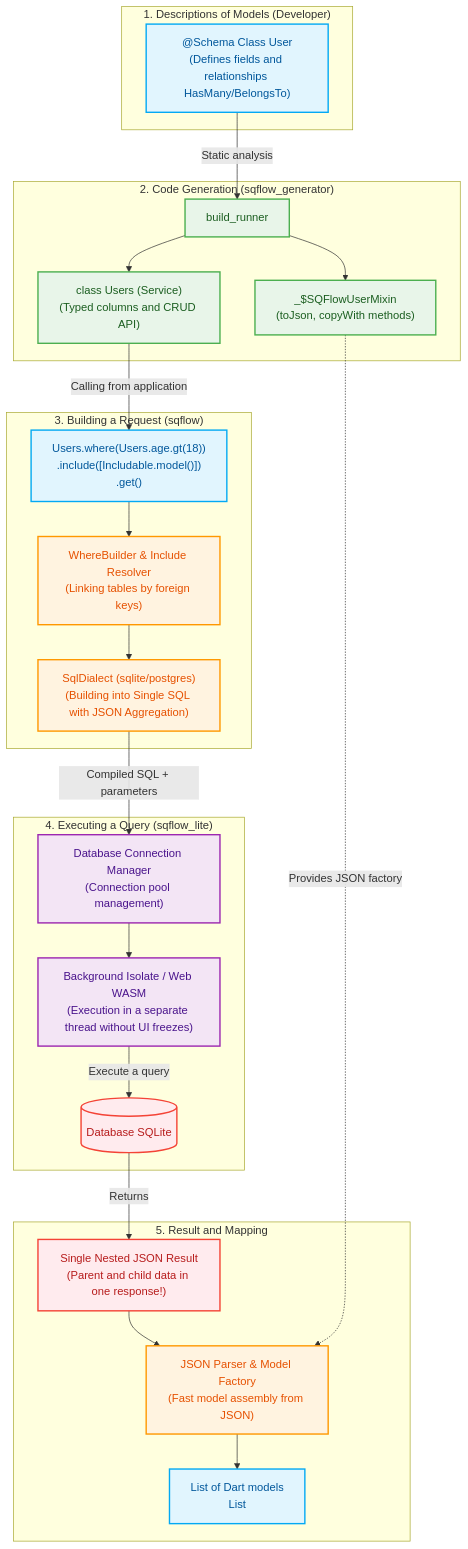
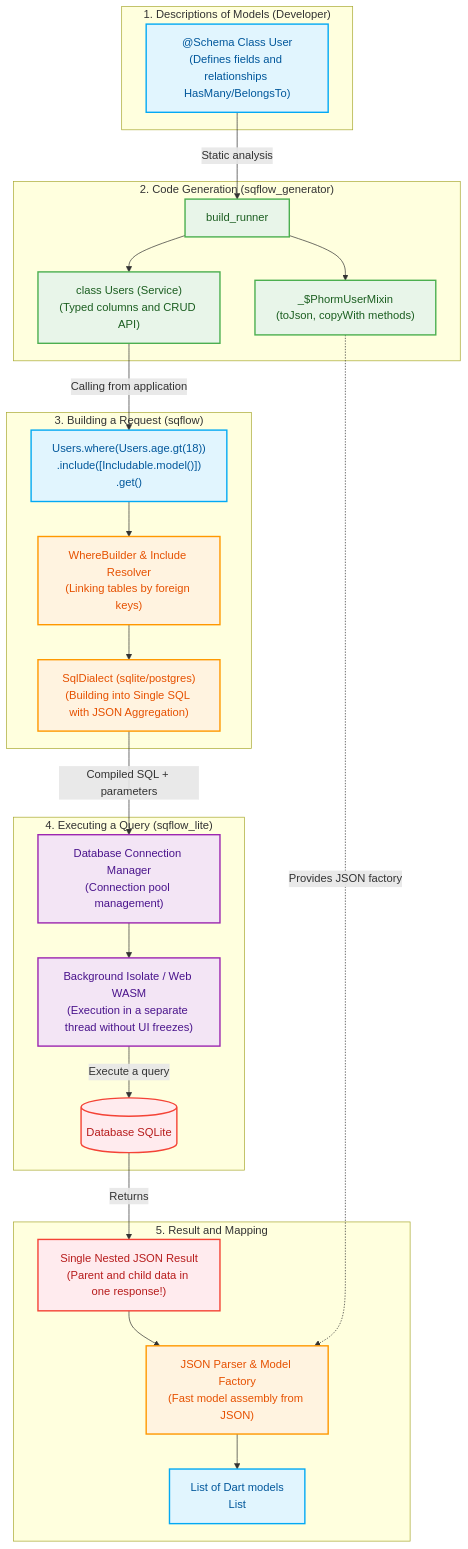
One commit to interdev7/phorm changed the diagram in docs/01-overview.md. Above: the diagram before and after it, drawn with Mermaid. The commit also changed other lines of this file and 74 other files, not shown here.

Commit message:
refactor: rename SQFlow to Phorm throughout the project to reflect branding changes

````diff
--- a/docs/01-overview.md
+++ b/docs/01-overview.md
@@ -38,54 +38,54 @@
 ```mermaid
 graph TD
     %% Styles and colors
     classDef dev fill:#e1f5fe,stroke:#03a9f4,stroke-width:2px,color:#01579b;
     classDef gen fill:#e8f5e9,stroke:#4caf50,stroke-width:2px,color:#1b5e20;
     classDef core fill:#fff3e0,stroke:#ff9800,stroke-width:2px,color:#e65100;
     classDef driver fill:#f3e5f5,stroke:#9c27b0,stroke-width:2px,color:#4a148c;
     classDef db fill:#ffebee,stroke:#f44336,stroke-width:2px,color:#b71c1c;
 
     subgraph "1. Descriptions of Models (Developer)"
         Model["@Schema Class User<br/>(Defines fields and relationships HasMany/BelongsTo)"]:::dev
     end
 
     subgraph "2. Code Generation (sqflow_generator)"
         Generator["build_runner"]:::gen
-        Mixin["_$SQFlowUserMixin<br/>(toJson, copyWith methods)"]:::gen
+        Mixin["_$PhormUserMixin<br/>(toJson, copyWith methods)"]:::gen
         Service["class Users (Service)<br/>(Typed columns and CRUD API)"]:::gen
 
         Model -->|Static analysis| Generator
         Generator --> Mixin
         Generator --> Service
     end
 
     subgraph "3. Building a Request (sqflow)"
         AppCall["Users.where(Users.age.gt(18))<br/>.include([Includable.model<Post>()])<br/>.get()"]:::dev
         QueryBuilder["WhereBuilder & Include Resolver<br/>(Linking tables by foreign keys)"]:::core
         Dialect["SqlDialect (sqlite/postgres)<br/>(Building into Single SQL with JSON Aggregation)"]:::core
 
         Service -->|Calling from application| AppCall
         AppCall --> QueryBuilder
         QueryBuilder --> Dialect
     end
 
     subgraph "4. Executing a Query (sqflow_lite)"
         Driver["Database Connection Manager<br/>(Connection pool management)"]:::driver
         Isolate["Background Isolate / Web WASM<br/>(Execution in a separate thread without UI freezes)"]:::driver
         SQLite[("Database SQLite")]:::db
 
         Dialect -->|Compiled SQL + parameters| Driver
         Driver --> Isolate
         Isolate -->|Execute a query| SQLite
     end
 
     subgraph "5. Result and Mapping"
         RawResult["Single Nested JSON Result<br/>(Parent and child data in one response!)"]:::db
         Parser["JSON Parser & Model Factory<br/>(Fast model assembly from JSON)"]:::core
         AppModels["List of Dart models<br/>List<User>"]:::dev
 
         SQLite -->|Returns| RawResult
         RawResult --> Parser
         Mixin -.->|Provides JSON factory| Parser
         Parser --> AppModels
     end
 ```
````
